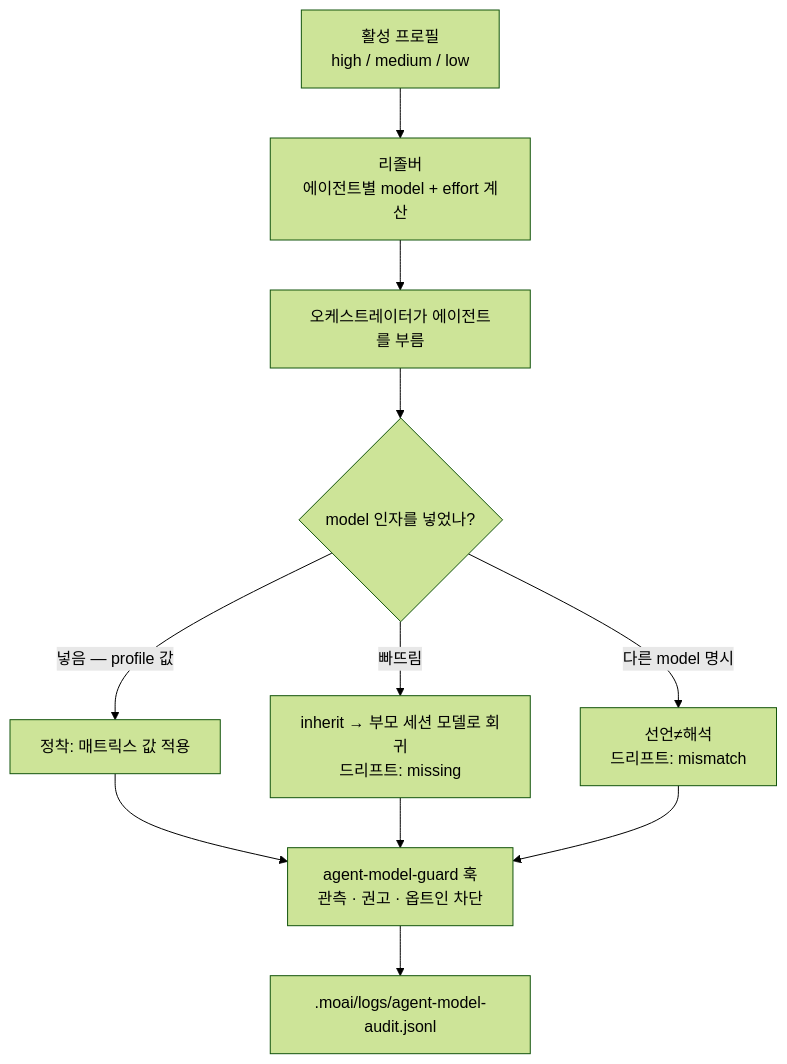
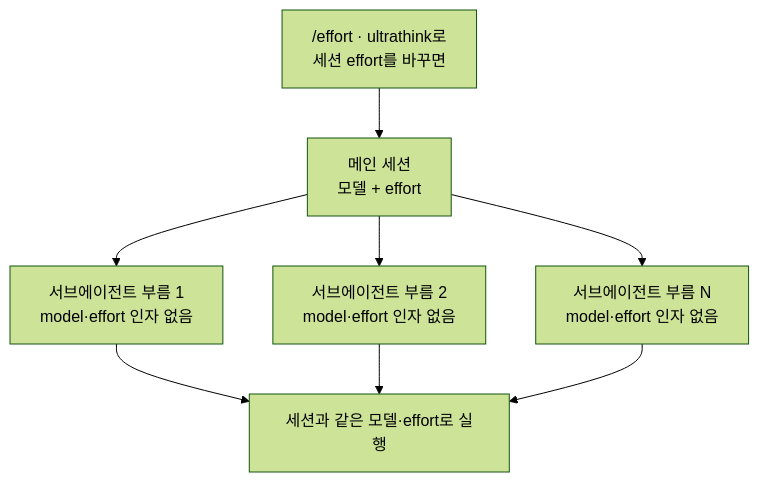
One commit to modu-ai/moai-adk changed the diagram in docs-site/content/ko/multi-llm/model-policy.md. Above: the diagram before and after it, drawn with Mermaid (forest theme). The commit also changed other lines of this file and 21 other files, not shown here.

````diff
--- a/docs-site/content/ko/multi-llm/model-policy.md
+++ b/docs-site/content/ko/multi-llm/model-policy.md
@@ -226,13 +106,10 @@
 ```mermaid
 flowchart TD
-    A["활성 프로필<br/>high / medium / low"] --> B["리졸버<br/>에이전트별 model + effort 계산"]
-    B --> C["오케스트레이터가 에이전트를 부름"]
-    C --> D{"model 인자를 넣었나?"}
-    D -->|"넣음 — profile 값"| E["정착: 매트릭스 값 적용"]
-    D -->|"빠뜨림"| F["inherit → 부모 세션 모델로 회귀<br/>드리프트: missing"]
-    D -->|"다른 model 명시"| G["선언≠해석<br/>드리프트: mismatch"]
-    E --> H["agent-model-guard 훅<br/>관측 · 권고 · 옵트인 차단"]
-    F --> H
-    G --> H
-    H --> I[".moai/logs/agent-model-audit.jsonl"]
+    S["메인 세션<br/>모델 + effort"] --> W1["서브에이전트 부름 1<br/>model·effort 인자 없음"]
+    S --> W2["서브에이전트 부름 2<br/>model·effort 인자 없음"]
+    S --> W3["서브에이전트 부름 N<br/>model·effort 인자 없음"]
+    W1 --> I["세션과 같은 모델·effort로 실행"]
+    W2 --> I
+    W3 --> I
+    E["/effort · ultrathink로<br/>세션 effort를 바꾸면"] --> S
 ```
````
